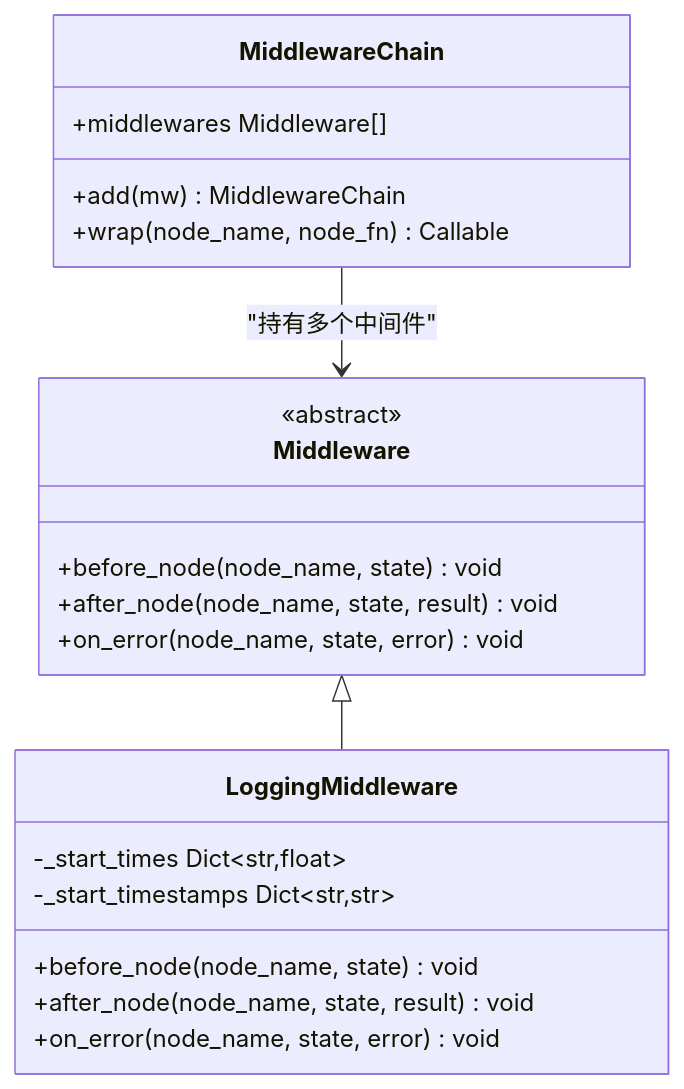
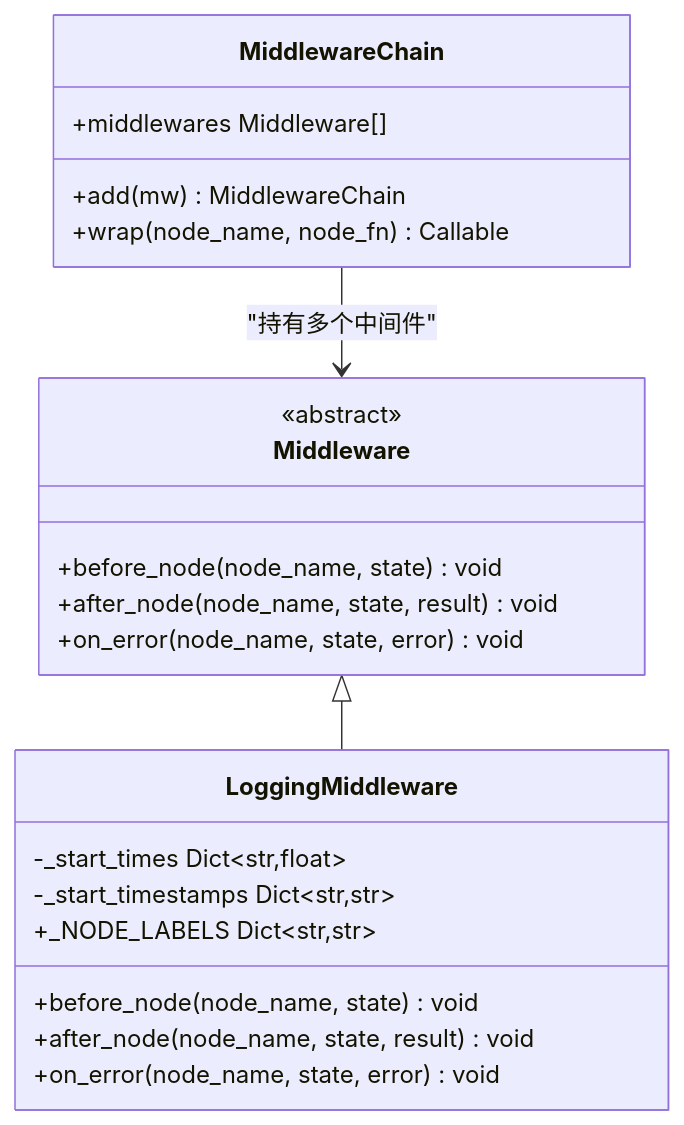
One commit to Yijtu/multi-agent-customer-service changed the third of 4 diagrams in .qoder/repowiki/zh/content/中间件系统设计/日志中间件.md. Above: the diagram before and after it, drawn with Mermaid. The commit also changed other lines of this file and 28 other files, not shown here.

````diff
--- a/.qoder/repowiki/zh/content/中间件系统设计/日志中间件.md
+++ b/.qoder/repowiki/zh/content/中间件系统设计/日志中间件.md
@@ -158,23 +161,24 @@
 ```mermaid
 classDiagram
 class Middleware {
 <<abstract>>
 +before_node(node_name, state) void
 +after_node(node_name, state, result) void
 +on_error(node_name, state, error) void
 }
 class MiddlewareChain {
 +middlewares Middleware[]
 +add(mw) MiddlewareChain
 +wrap(node_name, node_fn) Callable
 }
 class LoggingMiddleware {
 -_start_times Dict~str,float~
 -_start_timestamps Dict~str,str~
++_NODE_LABELS Dict~str,str~
 +before_node(node_name, state) void
 +after_node(node_name, state, result) void
 +on_error(node_name, state, error) void
 }
 Middleware <|-- LoggingMiddleware
 MiddlewareChain --> Middleware : "持有多个中间件"
 ```
````
